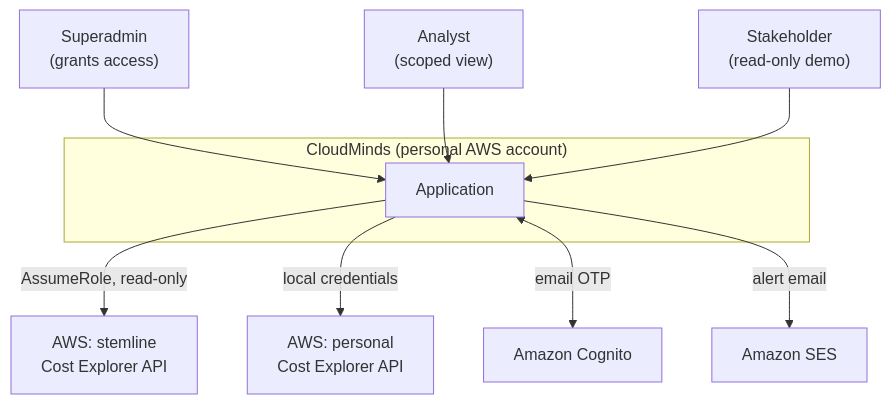
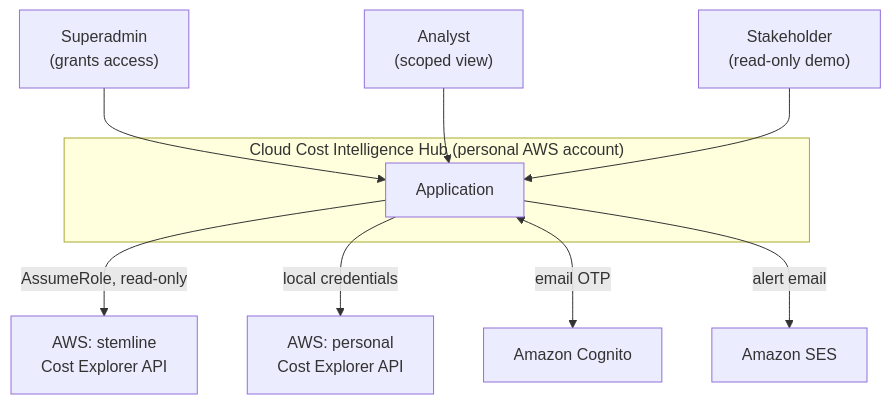
The first of 4 diagrams in docs/02-architecture.md (Hemanth0411/Cloud_Cost_Intelligence_Hub), drawn with Mermaid before and after one commit. The commit also changed other lines of this file and 29 other files, not shown here.

First line of the commit message:
Rename: product is Cloud Cost Intelligence Hub, package is costhub

````diff
--- a/docs/02-architecture.md
+++ b/docs/02-architecture.md
@@ -7,23 +7,23 @@
 ```mermaid
 graph TB
     SA["Superadmin<br/>(grants access)"]
     U["Analyst<br/>(scoped view)"]
     ST["Stakeholder<br/>(read-only demo)"]
 
-    subgraph CM["CloudMinds (personal AWS account)"]
+    subgraph CM["Cloud Cost Intelligence Hub (personal AWS account)"]
         APP["Application"]
     end
 
     PERS["AWS: personal<br/>Cost Explorer API"]
     STEM["AWS: stemline<br/>Cost Explorer API"]
     COG["Amazon Cognito"]
     SES["Amazon SES"]
 
     SA --> APP
     U --> APP
     ST --> APP
     APP -->|"AssumeRole, read-only"| STEM
     APP -->|"local credentials"| PERS
     APP <-->|"email OTP"| COG
     APP -->|"alert email"| SES
 ```
````
